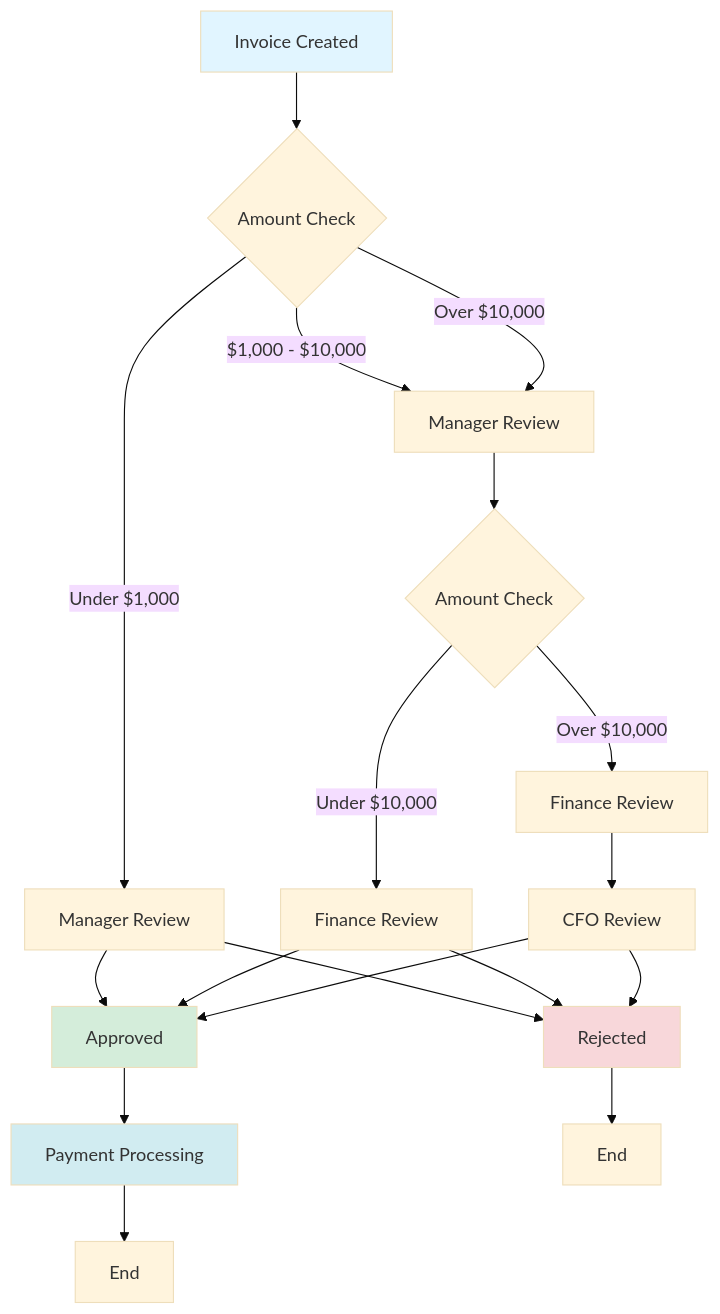
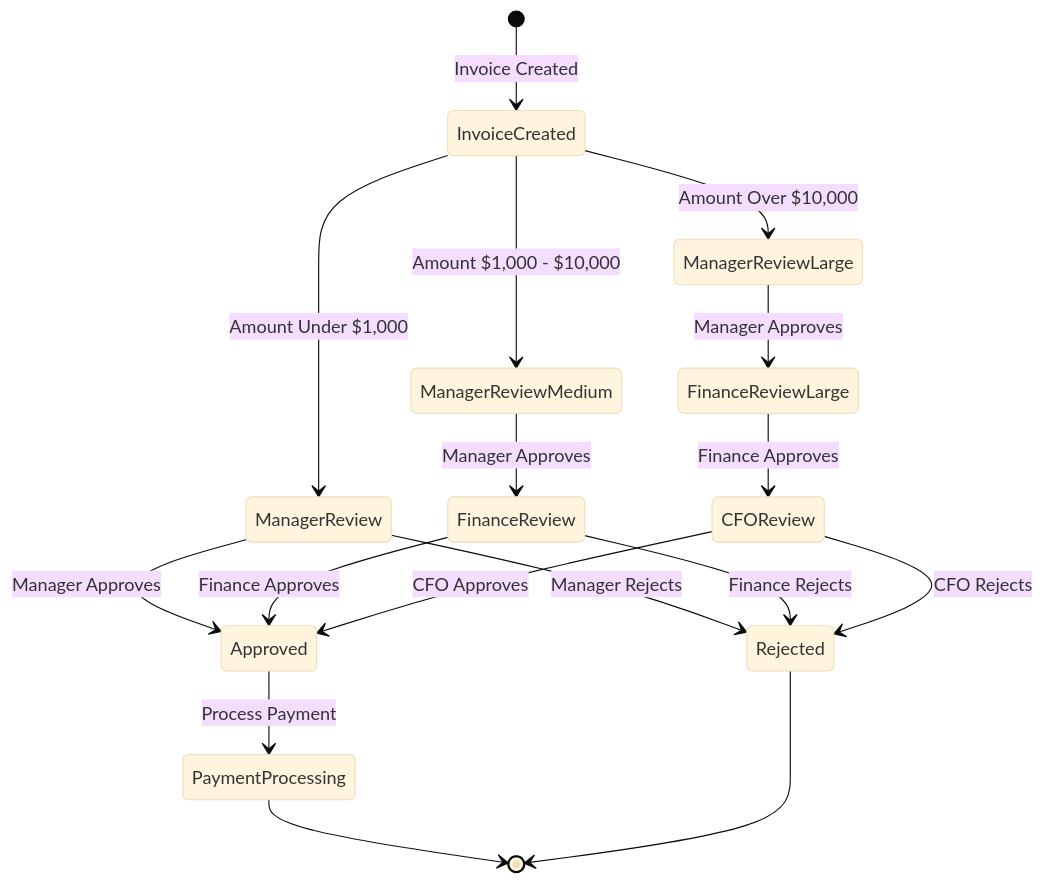
Before and after one commit to jobmetric/document: the third of 8 diagrams in packages/laravel-flow/showcase.mdx, drawn with Mermaid (base theme). The commit also changed other lines of this file, not shown here.

Commit message:
changed showcase page for flow package

````diff
--- a/packages/laravel-flow/showcase.mdx
+++ b/packages/laravel-flow/showcase.mdx
@@ -142,25 +552,19 @@
 ```mermaid
-flowchart TD
-    A[Invoice Created] --> B{Amount Check}
-    B -->|Under $1,000| C[Manager Review]
-    B -->|$1,000 - $10,000| D[Manager Review]
-    B -->|Over $10,000| D
-    C --> E[Approved]
-    D --> F{Amount Check}
-    F -->|Under $10,000| G[Finance Review]
-    F -->|Over $10,000| H[Finance Review]
-    G --> E
-    H --> I[CFO Review]
-    I --> E
-    C --> J[Rejected]
-    G --> J
-    I --> J
-    E --> K[Payment Processing]
-    J --> End1[End]
-    K --> End2[End]
-    
-    style A fill:#e1f5ff
-    style E fill:#d4edda
-    style J fill:#f8d7da
-    style K fill:#d1ecf1
+stateDiagram-v2
+    [*] --> InvoiceCreated: Invoice Created
+    InvoiceCreated --> ManagerReview: Amount Under $1,000
+    InvoiceCreated --> ManagerReviewMedium: Amount $1,000 - $10,000
+    InvoiceCreated --> ManagerReviewLarge: Amount Over $10,000
+    ManagerReview --> Approved: Manager Approves
+    ManagerReview --> Rejected: Manager Rejects
+    ManagerReviewMedium --> FinanceReview: Manager Approves
+    ManagerReviewLarge --> FinanceReviewLarge: Manager Approves
+    FinanceReview --> Approved: Finance Approves
+    FinanceReview --> Rejected: Finance Rejects
+    FinanceReviewLarge --> CFOReview: Finance Approves
+    CFOReview --> Approved: CFO Approves
+    CFOReview --> Rejected: CFO Rejects
+    Approved --> PaymentProcessing: Process Payment
+    PaymentProcessing --> [*]
+    Rejected --> [*]
 ```
````
